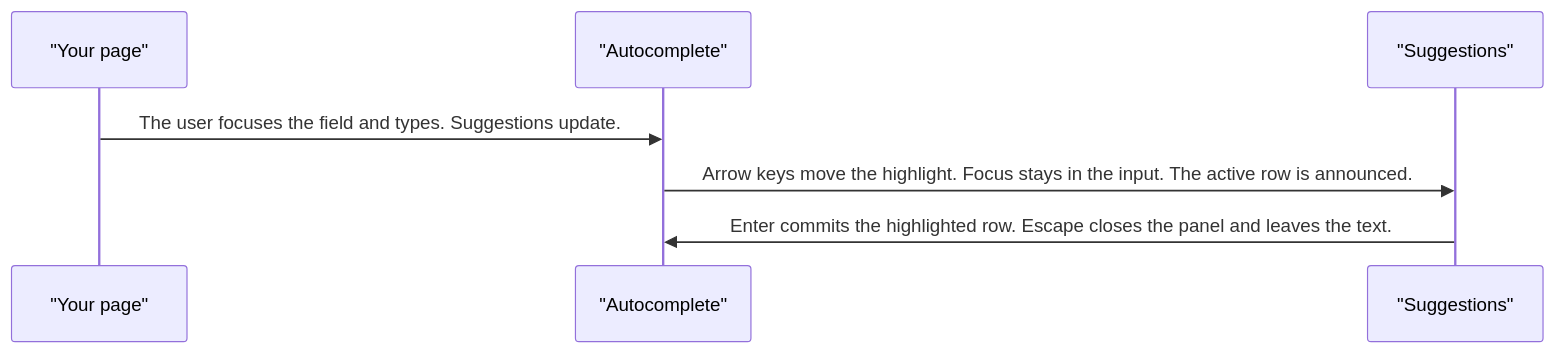
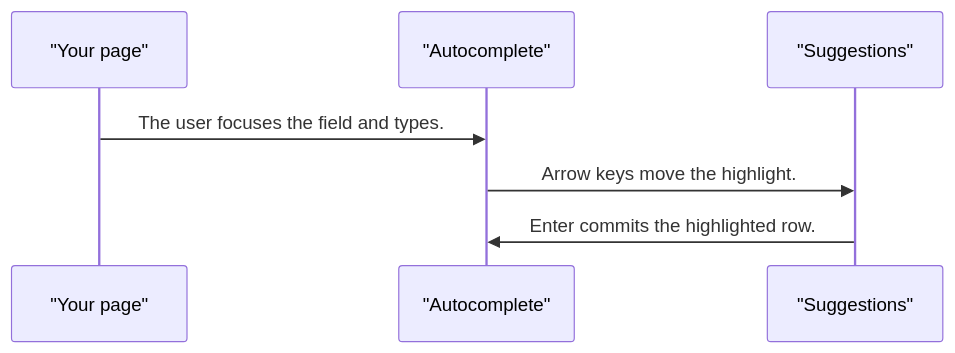
One commit to RajshekharBorate/pixel-ui changed the second of 4 diagrams in projects/pixel-ui/src/lib/pixel-autocomplete/DESIGN.md. Above: the diagram before and after it, drawn with Mermaid. The commit also changed other lines of this file and 80 other files, not shown here.

Commit message:
Fill missing design flows and correct the stories that did not match component behavior.

````diff
--- a/projects/pixel-ui/src/lib/pixel-autocomplete/DESIGN.md
+++ b/projects/pixel-ui/src/lib/pixel-autocomplete/DESIGN.md
@@ -58,9 +58,9 @@
 ```mermaid
 sequenceDiagram
   participant page as "Your page"
   participant field as "Autocomplete"
   participant panel as "Suggestions"
-  page->>field: The user focuses the field and types. Suggestions update.
-  field->>panel: Arrow keys move the highlight. Focus stays in the input. The active row is announced.
-  panel->>field: Enter commits the highlighted row. Escape closes the panel and leaves the text.
+  page->>field: The user focuses the field and types.
+  field->>panel: Arrow keys move the highlight.
+  panel->>field: Enter commits the highlighted row.
 ```
````
